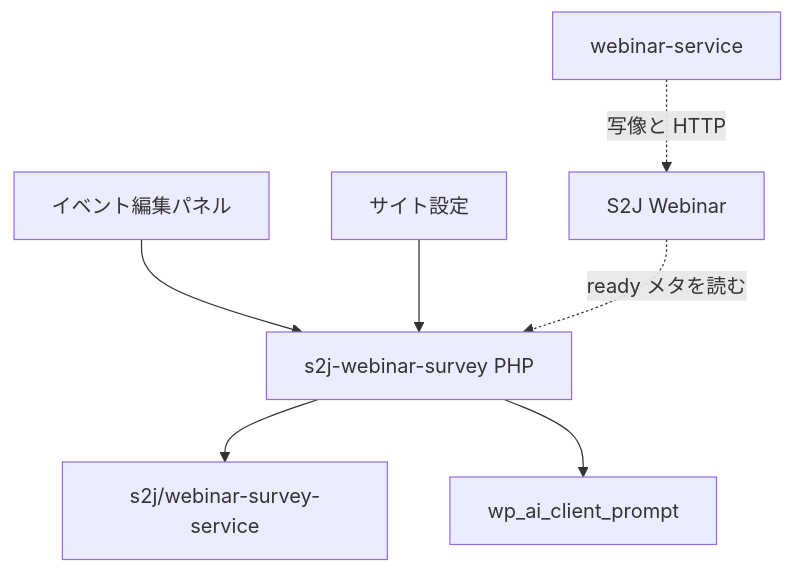
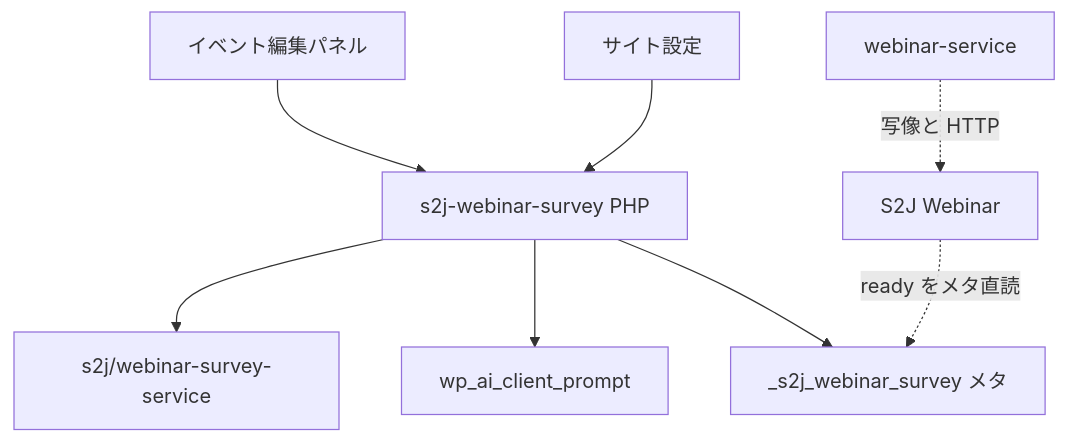
One commit to stein2nd/s2j-webinar-survey changed the diagram in docs/architecture.md. Above: the diagram before and after it, drawn with Mermaid. The commit also changed other lines of this file and 11 other files, not shown here.

````diff
--- a/docs/architecture.md
+++ b/docs/architecture.md
@@ -26,9 +26,10 @@
 ```mermaid
 flowchart TD
   P["イベント編集パネル"] --> PHP["s2j-webinar-survey PHP"]
   S["サイト設定"] --> PHP
   PHP --> SVC["s2j/webinar-survey-service"]
   PHP --> AI["wp_ai_client_prompt"]
-  V["S2J Webinar"] -.->|"ready メタを読む"| PHP
+  PHP --> M["_s2j_webinar_survey メタ"]
+  V["S2J Webinar"] -.->|"ready をメタ直読"| M
   W["webinar-service"] -.->|"写像と HTTP"| V
 ```
````
